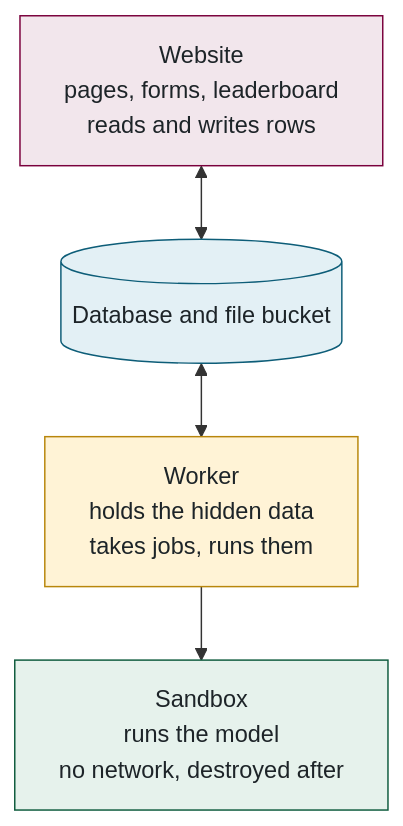
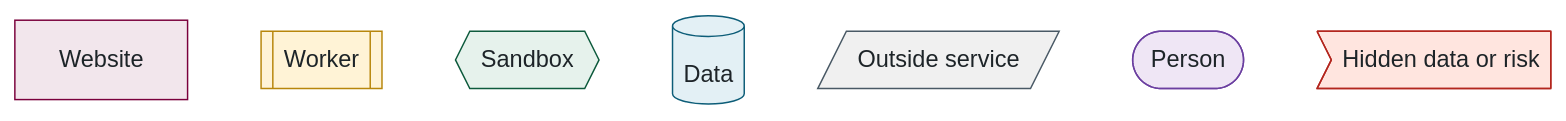
One commit to McMaster-Battery-Research-Group/battery-soc-benchmark changed the second of 11 diagrams in docs/walkthrough/ALL-IN-ONE.md. Above: the diagram before and after it, drawn with Mermaid. The commit also changed other lines of this file and 46 other files, not shown here.

````diff
--- a/docs/walkthrough/ALL-IN-ONE.md
+++ b/docs/walkthrough/ALL-IN-ONE.md
@@ -96,18 +126,18 @@
 ```mermaid
-flowchart TB
-    W["Website<br/>pages, forms, leaderboard<br/>reads and writes rows"]
-    D[("Database and file bucket")]
-    K["Worker<br/>holds the hidden data<br/>takes jobs, runs them"]
-    S["Sandbox<br/>runs the model<br/>no network, destroyed after"]
-    W <--> D
-    D <--> K
-    K --> S
+flowchart LR
+    W["Website"] ~~~ K[["Worker"]] ~~~ S{{"Sandbox"}} ~~~ D[("Data")] ~~~ E[/"Outside service"/] ~~~ P(["Person"]) ~~~ X>"Hidden data or risk"]
     classDef web fill:#F2E6EC,stroke:#7A003C,color:#1d2428
     classDef worker fill:#FFF3D6,stroke:#B8860B,color:#1d2428
     classDef sandbox fill:#E6F2EC,stroke:#0E5B3D,color:#1d2428
     classDef data fill:#E3F0F5,stroke:#0D5D78,color:#1d2428
+    classDef ext fill:#F0F0F0,stroke:#495965,color:#1d2428
+    classDef person fill:#EFE6F5,stroke:#6B3FA0,color:#1d2428
+    classDef danger fill:#FFE5DF,stroke:#B3261E,color:#1d2428
     class W web
     class K worker
     class S sandbox
     class D data
+    class E ext
+    class P person
+    class X danger
 ```
````
